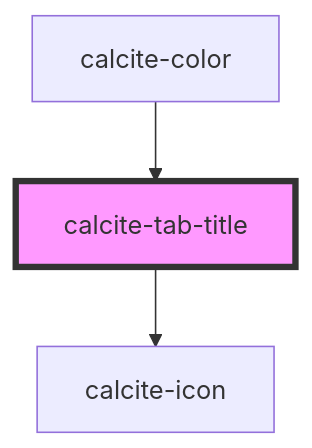
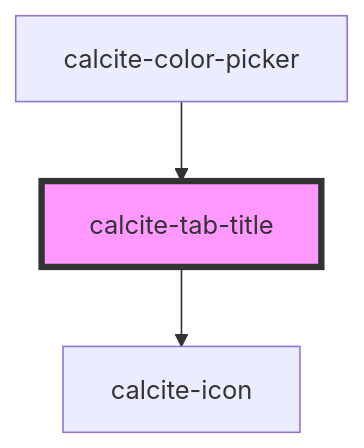
Before and after one commit to vikivakarvc/calcite-design-system: the diagram in src/components/calcite-tab-title/readme.md, drawn with Mermaid. The commit also changed other lines of this file and 31 other files, not shown here.

````diff
--- a/src/components/calcite-tab-title/readme.md
+++ b/src/components/calcite-tab-title/readme.md
@@ -46,6 +46,6 @@
 ```mermaid
 graph TD;
   calcite-tab-title --> calcite-icon
-  calcite-color --> calcite-tab-title
+  calcite-color-picker --> calcite-tab-title
   style calcite-tab-title fill:#f9f,stroke:#333,stroke-width:4px
 ```
````
